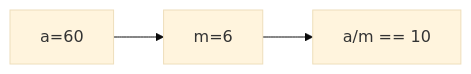
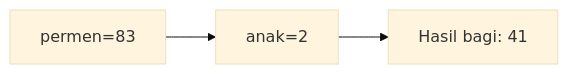
The sixth of 25 diagrams in part-c-pemahaman-cpp/01-tipe-data/latihan/set-05.md (amnahwaida/OSNK_INF_PREP), drawn with Mermaid (base theme) before and after one commit. The commit also changed other lines of this file and 71 other files, not shown here.

````diff
--- a/part-c-pemahaman-cpp/01-tipe-data/latihan/set-05.md
+++ b/part-c-pemahaman-cpp/01-tipe-data/latihan/set-05.md
@@ -130,5 +166,5 @@
 ```mermaid
 graph LR
-A["a=60"] --> B["m=6"]
-B --> C["a/m == 10"]
+A["permen=83"] --> B["anak=2"]
+B --> C["Hasil bagi: 41"]
 ```
````
